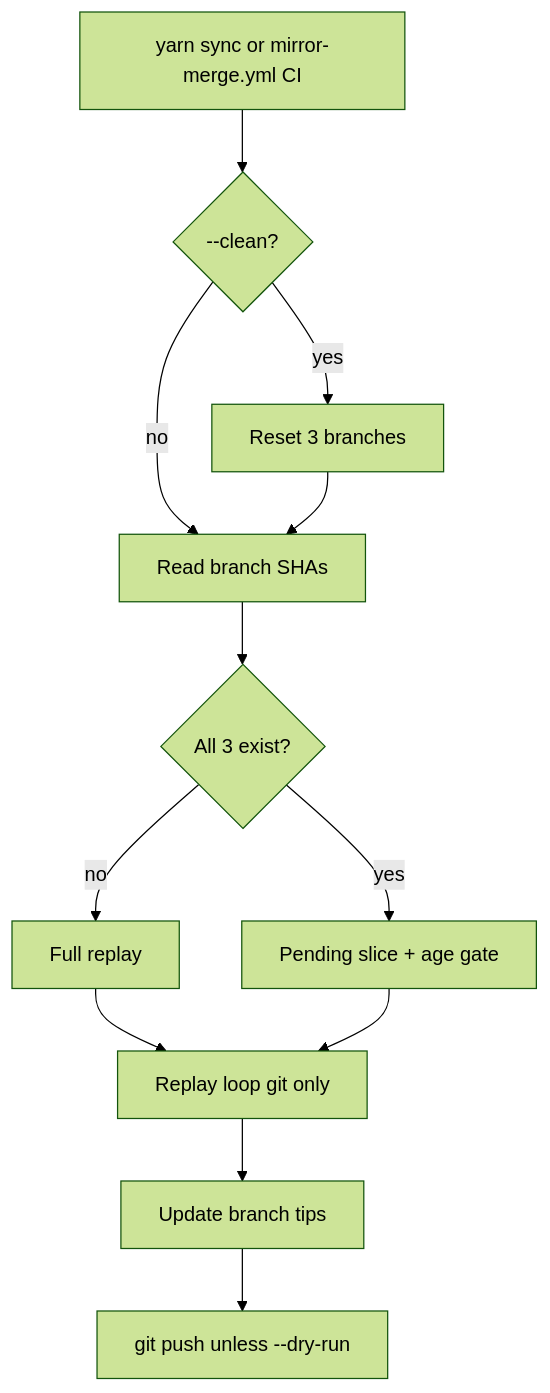
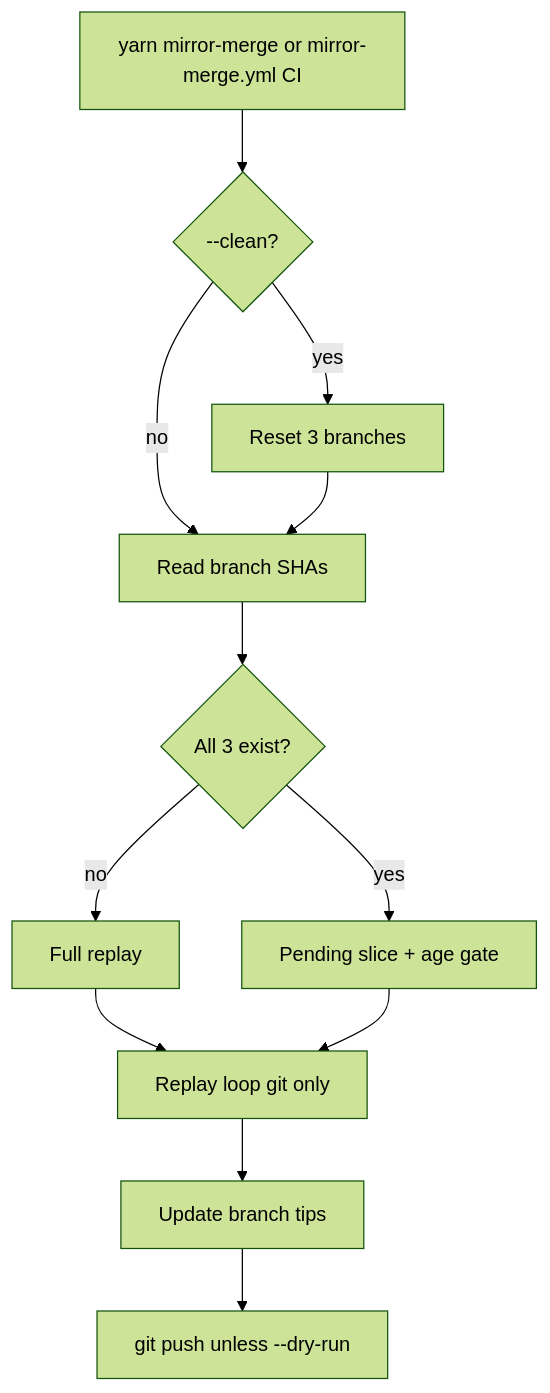
One commit to msys2-apiss/msys2-apiss-sync changed the diagram in docs/plan-sync-merge.md. Above: the diagram before and after it, drawn with Mermaid (forest theme). The commit also changed other lines of this file and 10 other files, not shown here.

First line of the commit message:
rename yarn sync to yarn mirror-merge treewide

````diff
--- a/docs/plan-sync-merge.md
+++ b/docs/plan-sync-merge.md
@@ -89,14 +89,14 @@
 ```mermaid
 flowchart TD
-  start[yarn sync or mirror-merge.yml CI] --> clean{--clean?}
+  start[yarn mirror-merge or mirror-merge.yml CI] --> clean{--clean?}
   clean -->|yes| reset[Reset 3 branches]
   clean -->|no| readRefs[Read branch SHAs]
   reset --> readRefs
   readRefs --> check{All 3 exist?}
   check -->|no| bootstrap[Full replay]
   check -->|yes| incremental[Pending slice + age gate]
   bootstrap --> replay[Replay loop git only]
   incremental --> replay
   replay --> update[Update branch tips]
   update --> push[git push unless --dry-run]
 ```
````
